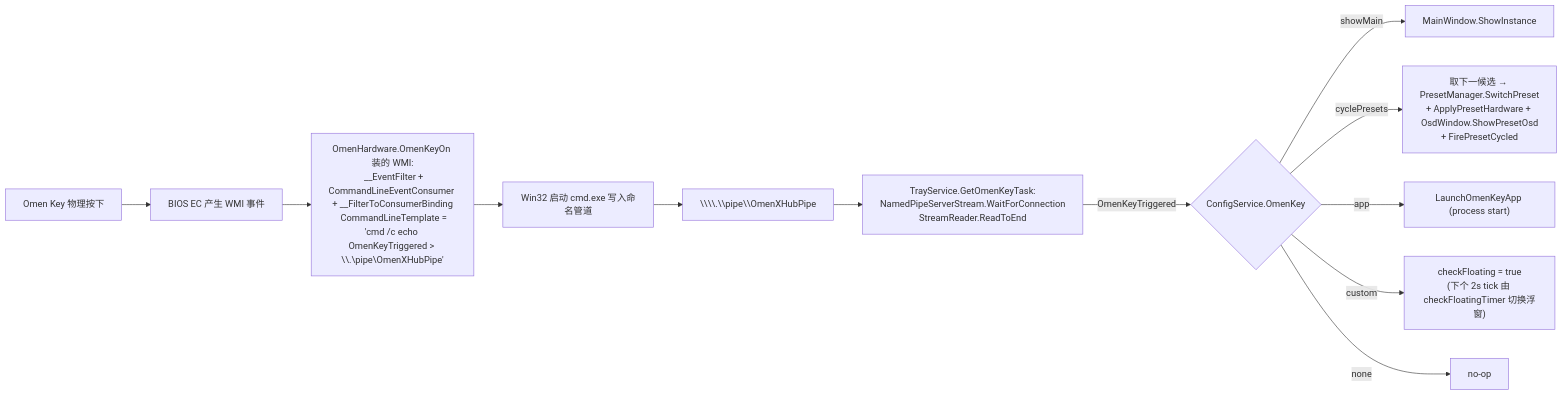
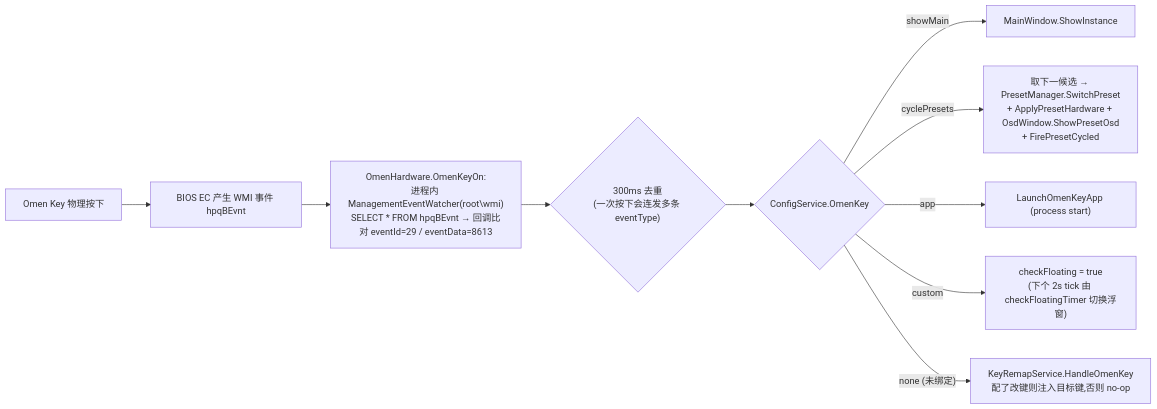
One commit to MasonDye/OmenXHub changed the sixth of 9 diagrams in ARCHITECTURE.md. Above: the diagram before and after it, drawn with Mermaid. The commit also changed other lines of this file and 10 other files, not shown here.

First line of the commit message:
feat: 按键改键 + Omen 键监听改为进程内 WMI 事件

````diff
--- a/ARCHITECTURE.md
+++ b/ARCHITECTURE.md
@@ -148,15 +148,12 @@
 ```mermaid
 flowchart LR
-  Fw["Omen Key 物理按下"] --> Ec["BIOS EC 产生 WMI 事件"]
-  Ec --> WmiFilter["OmenHardware.OmenKeyOn 装的 WMI:\n  __EventFilter + CommandLineEventConsumer + __FilterToConsumerBinding\n  CommandLineTemplate = 'cmd /c echo OmenKeyTriggered > \\.\pipe\OmenXHubPipe'"]
-  WmiFilter --> Cmd["Win32 启动 cmd.exe 写入命名管道"]
-  Cmd --> Pipe["\\\\.\\pipe\\OmenXHubPipe"]
-  Pipe --> Reader["TrayService.GetOmenKeyTask:\nNamedPipeServerStream.WaitForConnection\nStreamReader.ReadToEnd"]
-
-  Reader -->|"OmenKeyTriggered"| Routing{"ConfigService.OmenKey"}
+  Fw["Omen Key 物理按下"] --> Ec["BIOS EC 产生 WMI 事件 hpqBEvnt"]
+  Ec --> Watcher["OmenHardware.OmenKeyOn:\n进程内 ManagementEventWatcher(root\wmi)\nSELECT * FROM hpqBEvnt → 回调比对 eventId=29 / eventData=8613"]
+  Watcher --> Dedup{"300ms 去重\n(一次按下会连发多条 eventType)"}
+  Dedup --> Routing{"ConfigService.OmenKey"}
   Routing -->|showMain| Rm["MainWindow.ShowInstance"]
   Routing -->|cyclePresets| Rc["取下一候选 → PresetManager.SwitchPreset\n+ ApplyPresetHardware + OsdWindow.ShowPresetOsd\n+ FirePresetCycled"]
   Routing -->|app| Ra["LaunchOmenKeyApp (process start)"]
   Routing -->|custom| Rf["checkFloating = true\n(下个 2s tick 由 checkFloatingTimer 切换浮窗)"]
-  Routing -->|none| Rn["no-op"]
+  Routing -->|"none (未绑定)"| Rn["KeyRemapService.HandleOmenKey\n配了改键则注入目标键,否则 no-op"]
 ```
````
